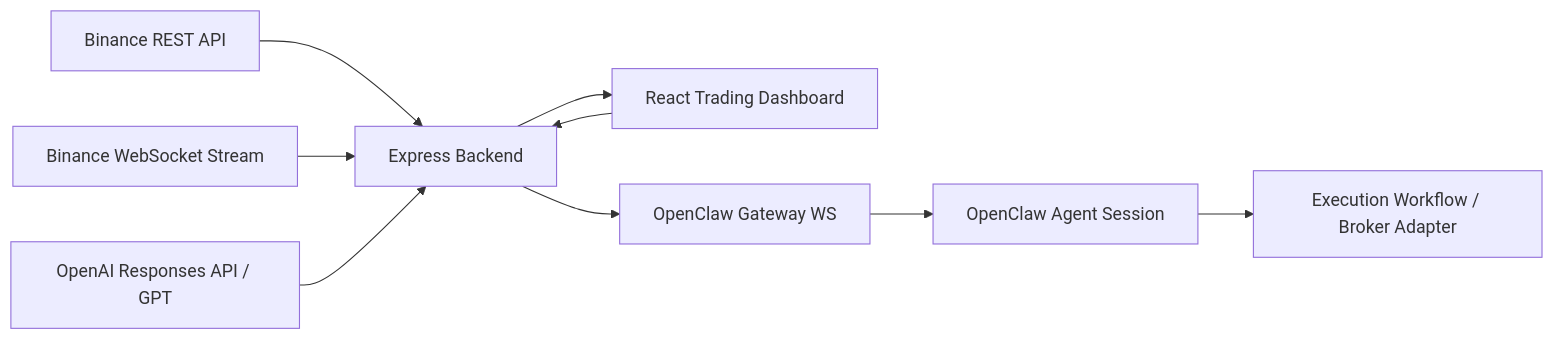
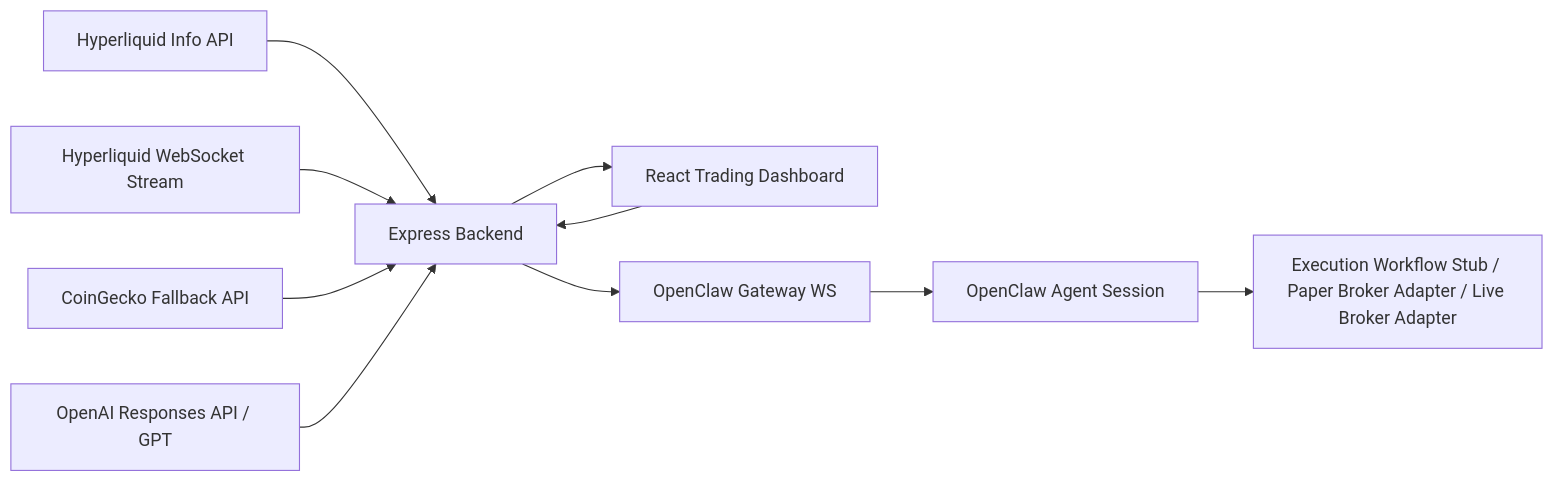
One commit to Irvanfauzi2406/openclaw-ai-trader-hackathon changed the diagram in ARCHITECTURE.md. Above: the diagram before and after it, drawn with Mermaid. The commit also changed other lines of this file and 5 other files, not shown here.

````diff
--- a/ARCHITECTURE.md
+++ b/ARCHITECTURE.md
@@ -3,11 +3,12 @@
 ```mermaid
 flowchart LR
-    A[Binance REST API] --> B[Express Backend]
-    C[Binance WebSocket Stream] --> B
-    D[OpenAI Responses API / GPT] --> B
-    B --> E[React Trading Dashboard]
-    E --> B
-    B --> F[OpenClaw Gateway WS]
-    F --> G[OpenClaw Agent Session]
-    G --> H[Execution Workflow / Broker Adapter]
+    A[Hyperliquid Info API] --> B[Express Backend]
+    C[Hyperliquid WebSocket Stream] --> B
+    D[CoinGecko Fallback API] --> B
+    E[OpenAI Responses API / GPT] --> B
+    B --> F[React Trading Dashboard]
+    F --> B
+    B --> G[OpenClaw Gateway WS]
+    G --> H[OpenClaw Agent Session]
+    H --> I[Execution Workflow Stub / Paper Broker Adapter / Live Broker Adapter]
 ```
````
